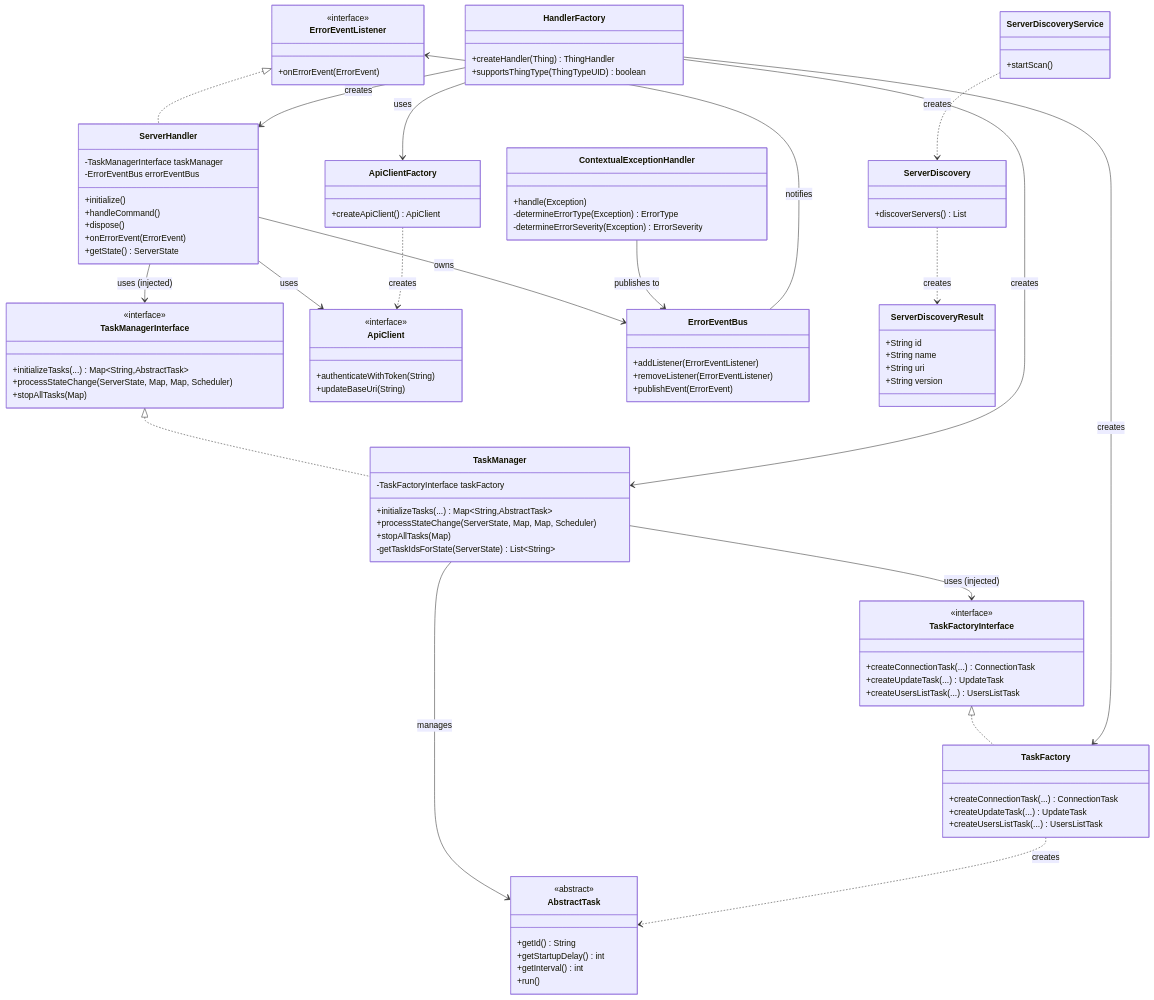
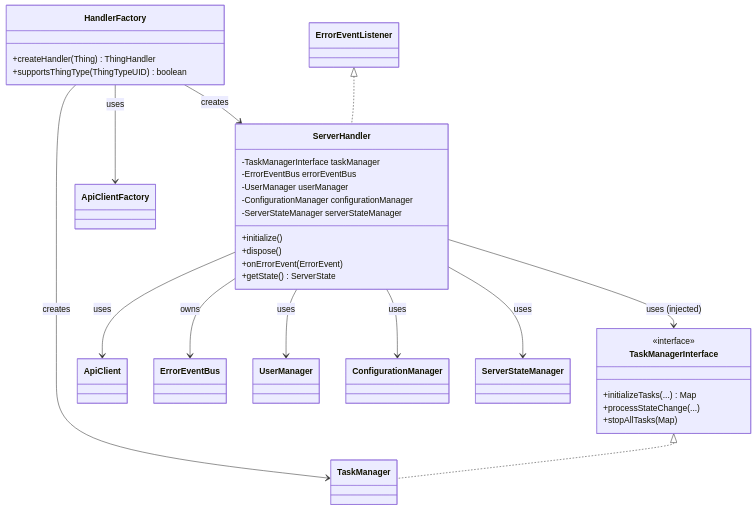
Before and after one commit to openhab/openhab-addons: the second of 6 diagrams in bundles/org.openhab.binding.jellyfin/CONTRIBUTION.md, drawn with Mermaid. The commit also changed other lines of this file and 5 other files, not shown here.

First line of the commit message:
refactor: Extract utility classes from ServerHandler for better maintainability

````diff
--- a/bundles/org.openhab.binding.jellyfin/CONTRIBUTION.md
+++ b/bundles/org.openhab.binding.jellyfin/CONTRIBUTION.md
@@ -9,30 +89,21 @@
 ```mermaid
 classDiagram
-    %% Interface implementations
+    %% Core handler relationships
+    HandlerFactory --> ServerHandler : creates
+    HandlerFactory --> TaskManager : creates
+    HandlerFactory --> ApiClientFactory : uses
+    
+    ServerHandler --> TaskManagerInterface : uses (injected)
+    ServerHandler --> ApiClient : uses
+    ServerHandler --> ErrorEventBus : owns
+    ServerHandler --> UserManager : uses
+    ServerHandler --> ConfigurationManager : uses
+    ServerHandler --> ServerStateManager : uses
+    
+    %% Key interfaces
+    TaskManagerInterface <|.. TaskManager
     ErrorEventListener <|.. ServerHandler
-    TaskManagerInterface <|.. TaskManager
-    TaskFactoryInterface <|.. TaskFactory
     
-    %% Dependency injection relationships (clean architecture)
-    HandlerFactory --> ApiClientFactory : uses
-    HandlerFactory --> TaskFactory : creates
-    HandlerFactory --> TaskManager : creates  
-    HandlerFactory --> ServerHandler : creates
-    ServerHandler --> ApiClient : uses
-    ServerHandler --> TaskManagerInterface : uses (injected)
-    ServerHandler --> ErrorEventBus : owns
-    TaskManager --> TaskFactoryInterface : uses (injected)
-    TaskManager --> AbstractTask : manages
-    TaskFactory ..> AbstractTask : creates
-    
-    %% Event-driven error handling (Observer pattern)
-    ServerDiscoveryService ..> ServerDiscovery : creates
-    ServerDiscovery ..> ServerDiscoveryResult : creates
-    ApiClientFactory ..> ApiClient : creates
-    ContextualExceptionHandler --> ErrorEventBus : publishes to
-    ErrorEventBus --> ErrorEventListener : notifies
-    
-    %% Class definitions with key attributes and methods
     class HandlerFactory {
         +createHandler(Thing) ThingHandler
         +supportsThingType(ThingTypeUID) boolean
@@ -41,8 +112,10 @@
     class ServerHandler {
         -TaskManagerInterface taskManager
         -ErrorEventBus errorEventBus
+        -UserManager userManager
+        -ConfigurationManager configurationManager
+        -ServerStateManager serverStateManager
         +initialize()
-        +handleCommand()
         +dispose()
         +onErrorEvent(ErrorEvent)
         +getState() ServerState
@@ -50,79 +123,8 @@
     
     class TaskManagerInterface {
         <<interface>>
-        +initializeTasks(...) Map~String,AbstractTask~
-        +processStateChange(ServerState, Map, Map, Scheduler)
+        +initializeTasks(...) Map
+        +processStateChange(...)
         +stopAllTasks(Map)
     }
-    
-    class TaskManager {
-        -TaskFactoryInterface taskFactory
-        +initializeTasks(...) Map~String,AbstractTask~
-        +processStateChange(ServerState, Map, Map, Scheduler)
-        +stopAllTasks(Map)
-        -getTaskIdsForState(ServerState) List~String~
-    }
-    
-    class TaskFactoryInterface {
-        <<interface>>
-        +createConnectionTask(...) ConnectionTask
-        +createUpdateTask(...) UpdateTask
-        +createUsersListTask(...) UsersListTask
-    }
-    
-    class TaskFactory {
-        +createConnectionTask(...) ConnectionTask
-        +createUpdateTask(...) UpdateTask
-        +createUsersListTask(...) UsersListTask
-    }
-    
-    class ApiClientFactory {
-        +createApiClient() ApiClient
-    }
-    
-    class ApiClient {
-        <<interface>>
-        +authenticateWithToken(String)
-        +updateBaseUri(String)
-    }
-    
-    class ServerDiscoveryService {
-        +startScan()
-    }
-    
-    class ServerDiscovery {
-        +discoverServers() List
-    }
-    
-    class AbstractTask {
-        <<abstract>>
-        +getId() String
-        +getStartupDelay() int
-        +getInterval() int
-        +run()
-    }
-    
-    class ServerDiscoveryResult {
-        +String id
-        +String name
-        +String uri
-        +String version
-    }
-    
-    class ErrorEventListener {
-        <<interface>>
-        +onErrorEvent(ErrorEvent)
-    }
-    
-    class ErrorEventBus {
-        +addListener(ErrorEventListener)
-        +removeListener(ErrorEventListener)
-        +publishEvent(ErrorEvent)
-    }
-    
-    class ContextualExceptionHandler {
-        +handle(Exception)
-        -determineErrorType(Exception) ErrorType
-        -determineErrorSeverity(Exception) ErrorSeverity
-    }
 ```
````
